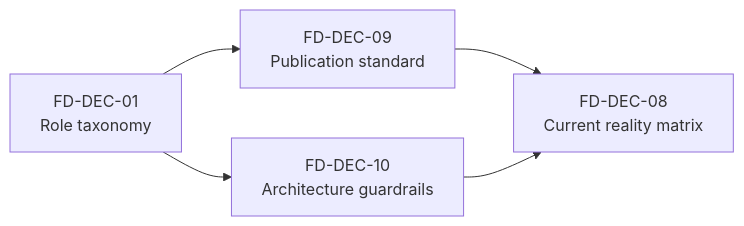
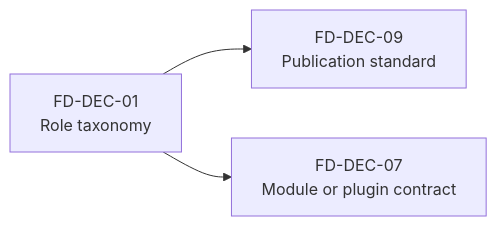
The diagram in docs/architecture/frontend/review/frontend-coverage-map-and-open-decision-register.md (dunay2/dvt), drawn with Mermaid before and after one commit. The commit also changed other lines of this file and 15 other files, not shown here.

Commit message:
docs(docs): Publish frontend architecture guardrails

````diff
--- a/docs/architecture/frontend/review/frontend-coverage-map-and-open-decision-register.md
+++ b/docs/architecture/frontend/review/frontend-coverage-map-and-open-decision-register.md
@@ -228,11 +228,8 @@
 ```mermaid
 flowchart LR
     D1[FD-DEC-01
-Role taxonomy] --> D6[FD-DEC-10
-Architecture guardrails]
-    D1 --> D7[FD-DEC-09
+Role taxonomy] --> D7[FD-DEC-09
 Publication standard]
-    D7 --> D8[FD-DEC-08
-Current reality matrix]
-    D6 --> D8
+    D1 --> D5[FD-DEC-07
+Module or plugin contract]
 ```
````
